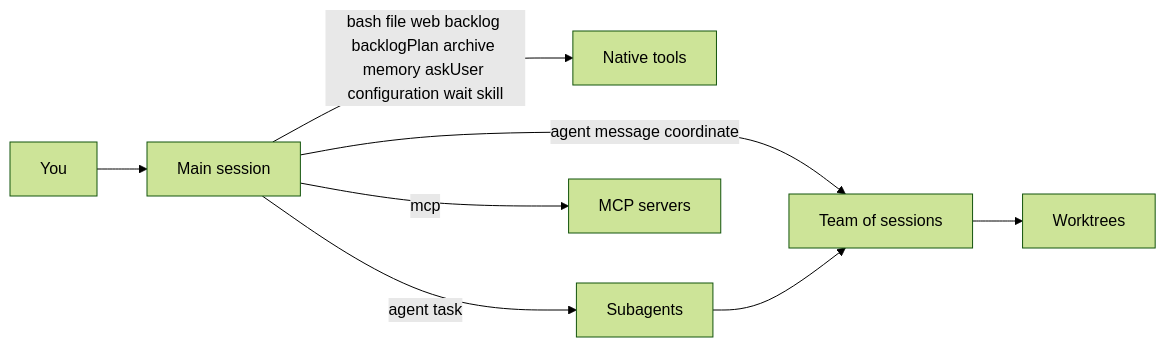
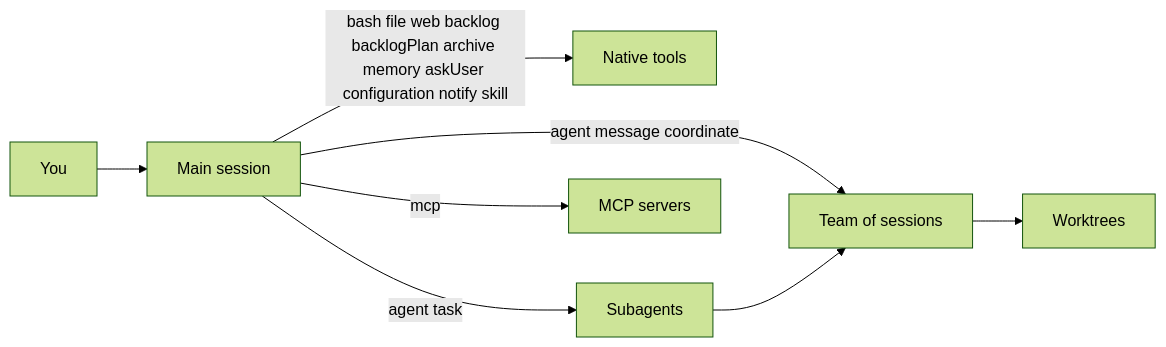
Before and after one commit to bgauryy/octocode-coding-agent: the diagram in packages/coding-agent/docs/native-features.md, drawn with Mermaid (forest theme). The commit also changed other lines of this file and 41 other files, not shown here.

````diff
--- a/packages/coding-agent/docs/native-features.md
+++ b/packages/coding-agent/docs/native-features.md
@@ -5,10 +7,10 @@
 ```mermaid
 flowchart LR
   U[You] --> M[Main session]
-  M -->|bash file web backlog backlogPlan archive memory askUser configuration wait skill| T[Native tools]
+  M -->|bash file web backlog backlogPlan archive memory askUser configuration notify skill| T[Native tools]
   M -->|agent task| S[Subagents]
   M -->|agent message coordinate| TM[Team of sessions]
   M -->|mcp| X[MCP servers]
   S --> TM
   TM --> W[Worktrees]
 ```
````
